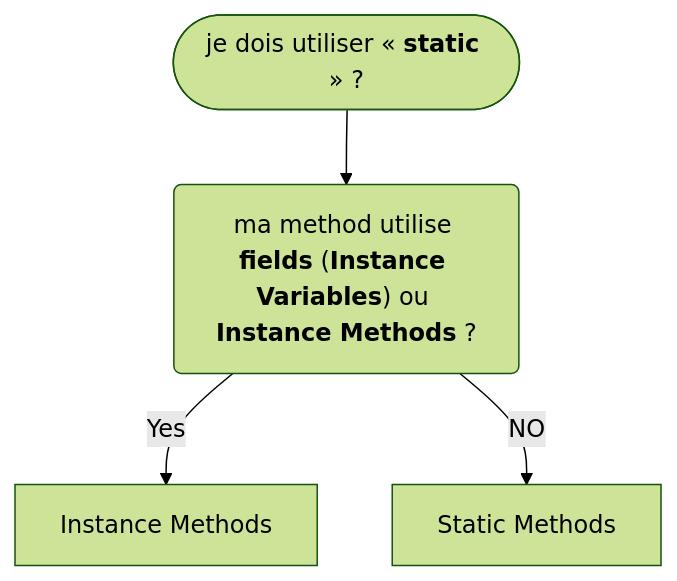
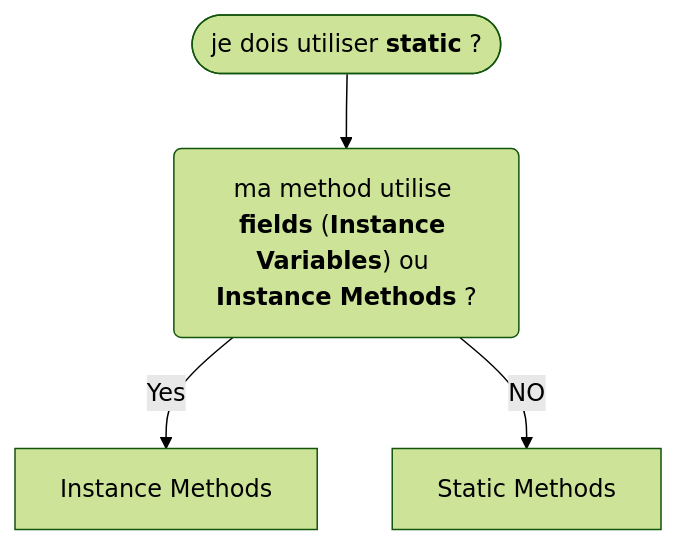
The diagram in _04-OOP-1_inheritence/README.md (SirHarveyBix/JAVA), drawn with Mermaid (forest theme) before and after one commit. The commit also changed other lines of this file, not shown here.

Commit message:
fix & cleanup lil quick README

````diff
--- a/_04-OOP-1_inheritence/README.md
+++ b/_04-OOP-1_inheritence/README.md
@@ -201,6 +201,6 @@
 ```mermaid
 flowchart TD
-    A([je dois utiliser « <b>static</b> » ?]) --> B(ma method utilise <b>fields</b> &#40<b>Instance Variables</b>&#41 ou <b>Instance Methods</b> ?)
+    A([je dois utiliser <b>static</b> ?]) --> B(ma method utilise <b>fields</b> &#40<b>Instance Variables</b>&#41 ou <b>Instance Methods</b> ?)
     B -->| Yes | C[Instance Methods]
     B -->| NO | D[Static Methods]
 ```
````
